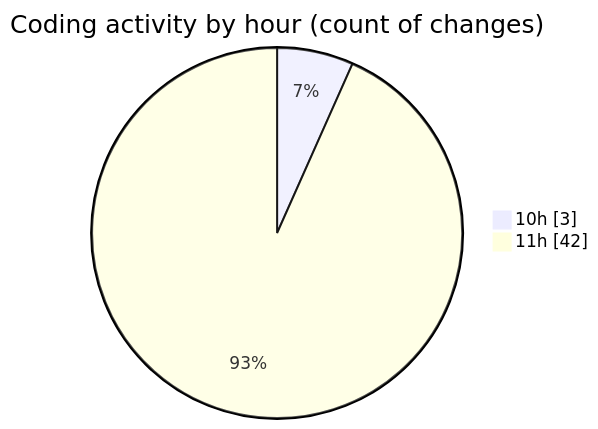
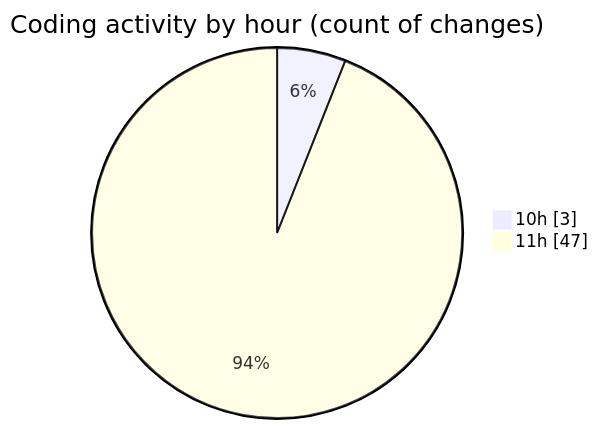
Before and after one commit to nxtqubesakshisongat/code-tracking: the second of 2 diagrams in 2025-07-11/argos/README.md, drawn with Mermaid. The commit also changed other lines of this file and 1 other file, not shown here.

````diff
--- a/2025-07-11/argos/README.md
+++ b/2025-07-11/argos/README.md
@@ -30,6 +32,6 @@
 ```mermaid
 pie showData
 title Coding activity by hour (count of changes)
 "10h" : 3
-"11h" : 42
+"11h" : 47
 ```
````
